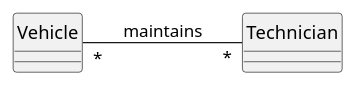
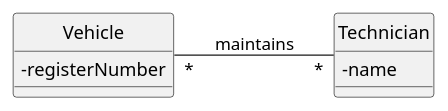
Before and after one commit to bbauer02/3wa_uml: the third of 3 diagrams in document/implementation-d-une-association-bidirectionnelle-multiple.adoc, drawn with PlantUML. The commit also changed other lines of this file and 3 other files, not shown here.

```diff
--- a/document/implementation-d-une-association-bidirectionnelle-multiple.adoc
+++ b/document/implementation-d-une-association-bidirectionnelle-multiple.adoc
@@ -158,8 +359,16 @@
 [plantuml,target=asso_bi_multiple_2,format=svg]
 ....
 hide circle
 skinparam classAttributeIconSize 0
 
+class Vehicle{
+-registerNumber
+}
+
+class Technician {
+-name
+}
+
 left to right direction
 Vehicle "*" -- "*" Technician : maintains
 ....
```
